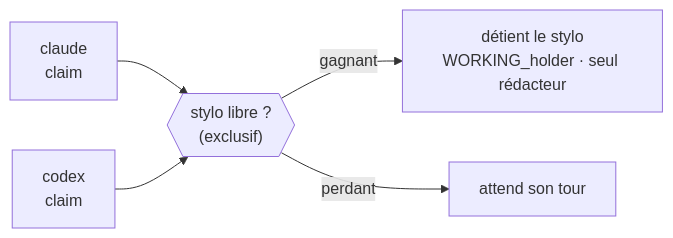
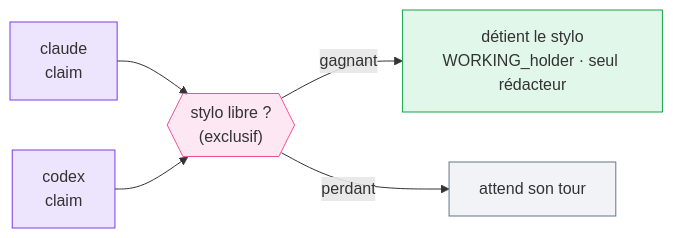
The diagram in docs/fr/concepts/pen.md (M8Shift/m8shift.github.io), drawn with Mermaid before and after one commit. The commit also changed other lines of this file and 31 other files, not shown here.

First line of the commit message:
Colorize diagrams and add Mermaid illustrations across the site (EN + FR)

````diff
--- a/docs/fr/concepts/pen.md
+++ b/docs/fr/concepts/pen.md
@@ -11,7 +11,16 @@
 ```mermaid
 flowchart LR
     C1["claude<br/>claim"] --> G{{"stylo libre ?<br/>(exclusif)"}}
     C2["codex<br/>claim"] --> G
     G -->|"gagnant"| WIN["détient le stylo<br/>WORKING_holder · seul rédacteur"]
     G -->|"perdant"| WAIT["attend son tour"]
+
+    classDef agent fill:#7c3aed22,stroke:#7c3aed;
+    classDef pen fill:#f0509c22,stroke:#f0509c;
+    classDef ok fill:#22c55e22,stroke:#16a34a;
+    classDef wait fill:#94a3b822,stroke:#64748b;
+    class C1,C2 agent
+    class G pen
+    class WIN ok
+    class WAIT wait
 ```
````
